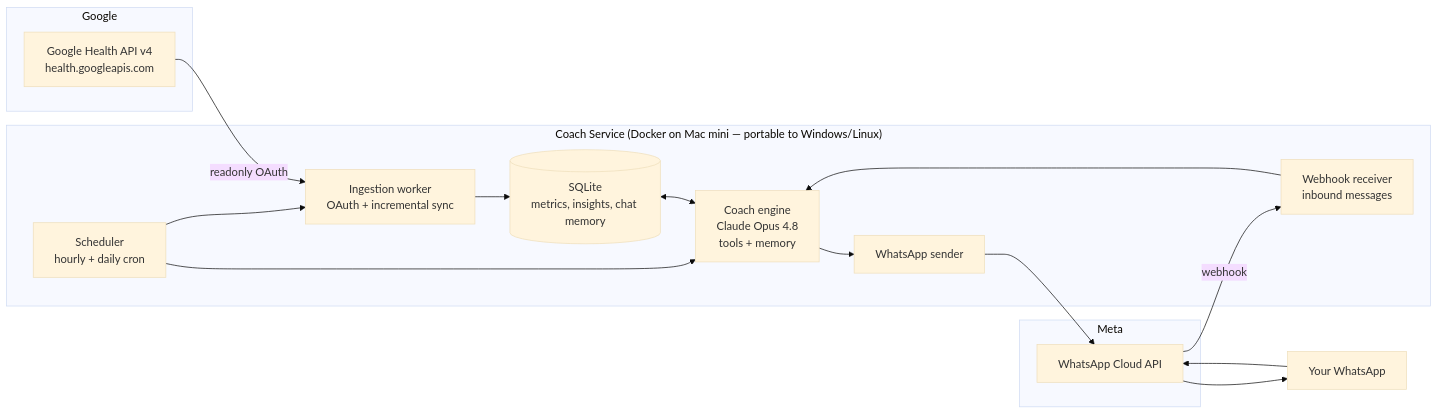
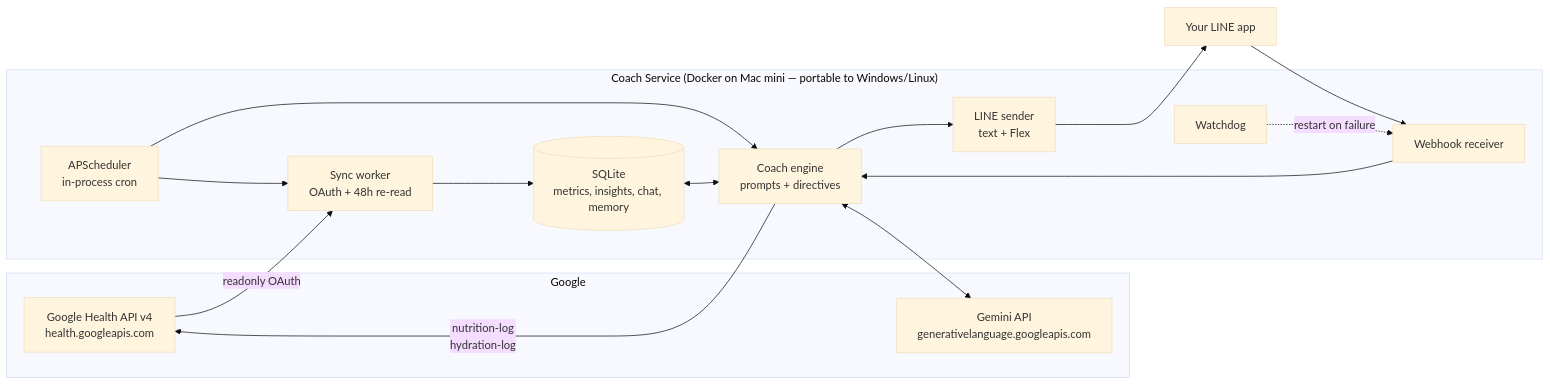
The diagram in DESIGN.md (nnsitem/personal-google-health-coach), drawn with Mermaid (base theme) before and after one commit. The commit also changed other lines of this file and 4 other files, not shown here.

````diff
--- a/DESIGN.md
+++ b/DESIGN.md
@@ -26,28 +32,29 @@
 ```mermaid
 flowchart LR
     subgraph Google
         GH[Google Health API v4<br/>health.googleapis.com]
+        GEM[Gemini API<br/>generativelanguage.googleapis.com]
     end
 
     subgraph "Coach Service (Docker on Mac mini — portable to Windows/Linux)"
-        SCHED[Scheduler<br/>hourly + daily cron]
-        ING[Ingestion worker<br/>OAuth + incremental sync]
-        DB[(SQLite<br/>metrics, insights, chat memory)]
-        COACH[Coach engine<br/>Claude Opus 4.8<br/>tools + memory]
-        WA_OUT[WhatsApp sender]
-        WA_IN[Webhook receiver<br/>inbound messages]
+        SCHED[APScheduler<br/>in-process cron]
+        ING[Sync worker<br/>OAuth + 48h re-read]
+        DB[(SQLite<br/>metrics, insights, chat, memory)]
+        COACH[Coach engine<br/>prompts + directives]
+        LINE_OUT[LINE sender<br/>text + Flex]
+        LINE_IN[Webhook receiver]
+        WD[Watchdog]
     end
 
-    subgraph Meta
-        WACA[WhatsApp Cloud API]
-    end
-
-    PHONE[Your WhatsApp]
+    PHONE[Your LINE app]
 
     SCHED --> ING
     GH -->|readonly OAuth| ING --> DB
     SCHED --> COACH
     DB <--> COACH
-    COACH --> WA_OUT --> WACA --> PHONE
-    PHONE --> WACA -->|webhook| WA_IN --> COACH
+    COACH <--> GEM
+    COACH -->|nutrition-log<br/>hydration-log| GH
+    COACH --> LINE_OUT --> PHONE
+    PHONE --> LINE_IN --> COACH
+    WD -.->|restart on failure| LINE_IN
 ```
````
